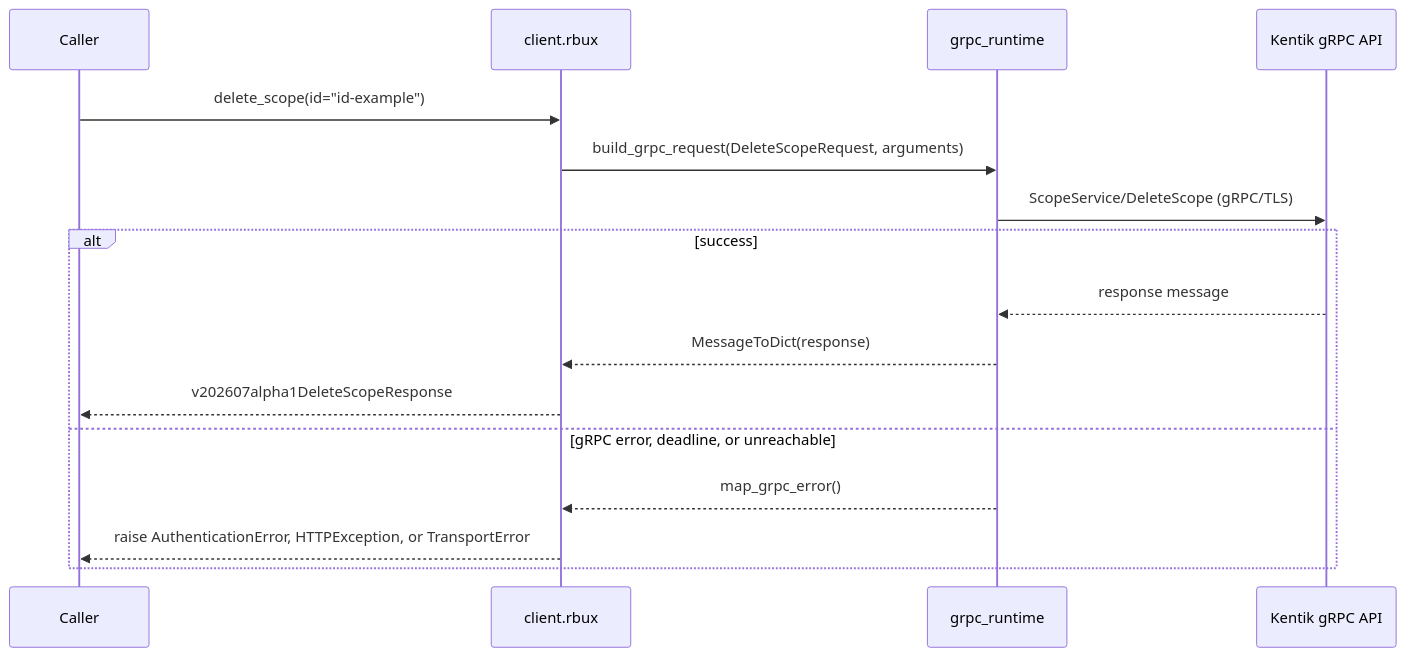
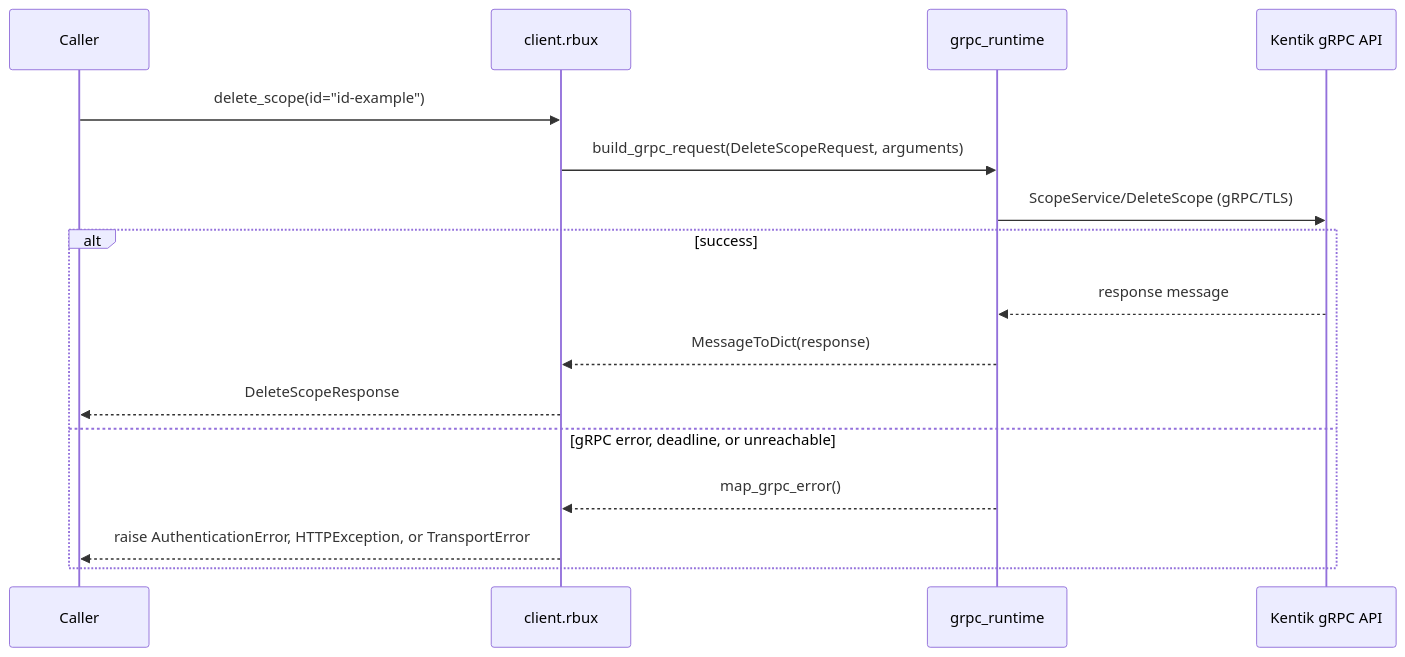
Before and after one commit to alexdearaujo/community_sdk_python: diagram 11 of 12 in docs/sphinx/services/rbux.md, drawn with Mermaid. The commit also changed other lines of this file and 38 other files, not shown here.

````diff
--- a/docs/sphinx/services/rbux.md
+++ b/docs/sphinx/services/rbux.md
@@ -357,19 +357,19 @@
 ```mermaid
 sequenceDiagram
     participant C as Caller
     participant W as client.rbux
     participant R as grpc_runtime
     participant API as Kentik gRPC API
 
     C->>W: delete_scope(id="id-example")
     W->>R: build_grpc_request(DeleteScopeRequest, arguments)
     R->>API: ScopeService/DeleteScope (gRPC/TLS)
     alt success
         API-->>R: response message
         R-->>W: MessageToDict(response)
-        W-->>C: v202607alpha1DeleteScopeResponse
+        W-->>C: DeleteScopeResponse
     else gRPC error, deadline, or unreachable
         R-->>W: map_grpc_error()
         W-->>C: raise AuthenticationError, HTTPException, or TransportError
     end
 ```
````
